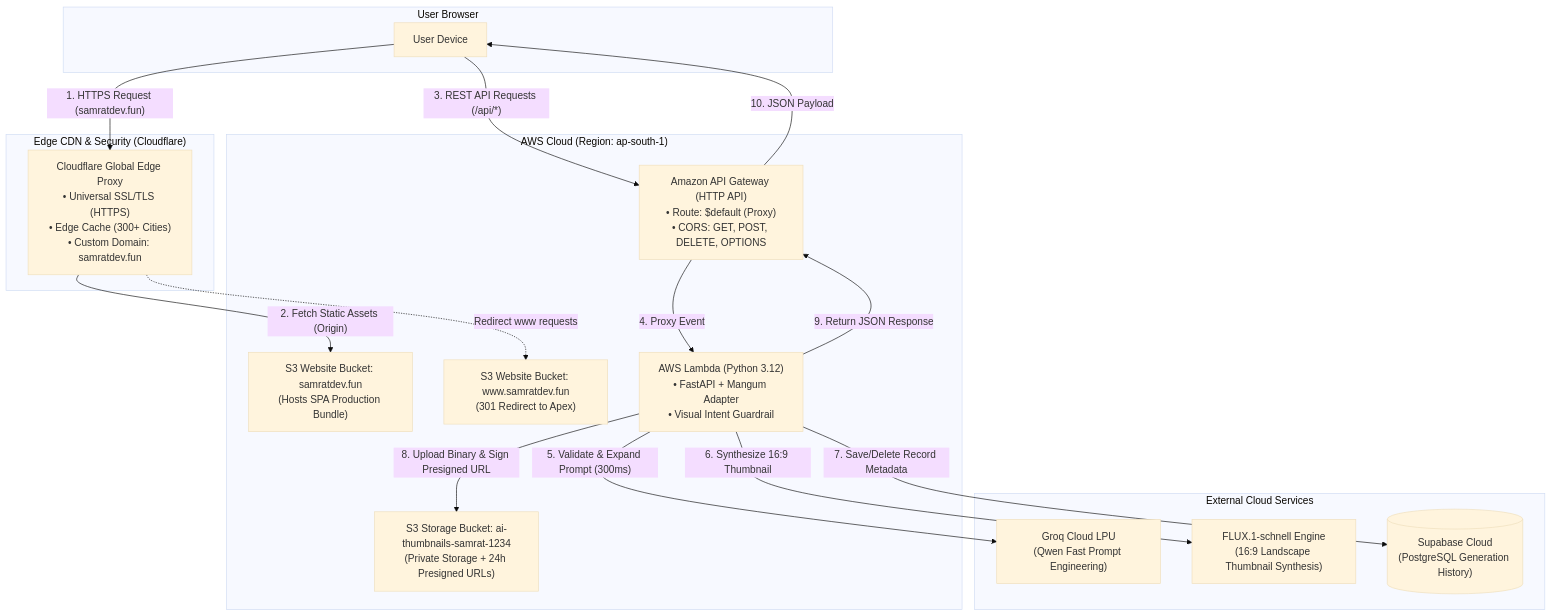
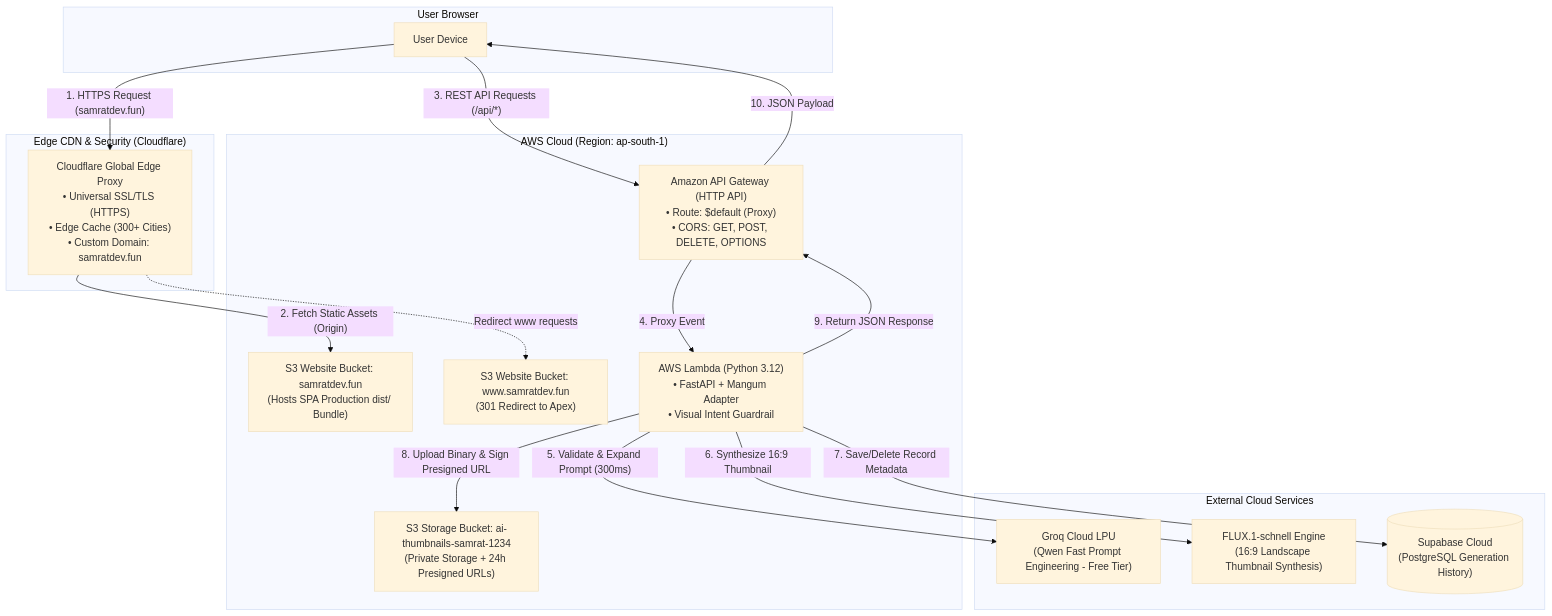
Before and after one commit to SaM-005X/ai-thumbnail-generator: the diagram in ARCHITECTURE.md, drawn with Mermaid (base theme). The commit also changed other lines of this file and 3 other files, not shown here.

Commit message:
docs: synchronize master guide, architecture, project docs, and roadmap with comprehensive technical deep-dives

````diff
--- a/ARCHITECTURE.md
+++ b/ARCHITECTURE.md
@@ -57,36 +61,36 @@
 ```mermaid
 flowchart TD
     subgraph Client["User Browser"]
         U["User Device"]
     end
 
     subgraph CDN_Layer["Edge CDN & Security (Cloudflare)"]
         CF["Cloudflare Global Edge Proxy\n• Universal SSL/TLS (HTTPS)\n• Edge Cache (300+ Cities)\n• Custom Domain: samratdev.fun"]
     end
 
     subgraph AWS_Cloud["AWS Cloud (Region: ap-south-1)"]
-        S3_Apex["S3 Website Bucket: samratdev.fun\n(Hosts SPA Production Bundle)"]
+        S3_Apex["S3 Website Bucket: samratdev.fun\n(Hosts SPA Production dist/ Bundle)"]
         S3_Www["S3 Website Bucket: www.samratdev.fun\n(301 Redirect to Apex)"]
         APIGW["Amazon API Gateway (HTTP API)\n• Route: $default (Proxy)\n• CORS: GET, POST, DELETE, OPTIONS"]
         Lambda["AWS Lambda (Python 3.12)\n• FastAPI + Mangum Adapter\n• Visual Intent Guardrail"]
         S3_Img["S3 Storage Bucket: ai-thumbnails-samrat-1234\n(Private Storage + 24h Presigned URLs)"]
     end
 
     subgraph External_Services["External Cloud Services"]
-        Groq["Groq Cloud LPU\n(Qwen Fast Prompt Engineering)"]
+        Groq["Groq Cloud LPU\n(Qwen Fast Prompt Engineering - Free Tier)"]
         Flux["FLUX.1-schnell Engine\n(16:9 Landscape Thumbnail Synthesis)"]
         Supabase[("Supabase Cloud\n(PostgreSQL Generation History)")]
     end
 
     U -->|"1. HTTPS Request (samratdev.fun)"| CF
     CF -->|"2. Fetch Static Assets (Origin)"| S3_Apex
     CF -.->|"Redirect www requests"| S3_Www
     U -->|"3. REST API Requests (/api/*)"| APIGW
     APIGW -->|"4. Proxy Event"| Lambda
     Lambda -->|"5. Validate & Expand Prompt (300ms)"| Groq
     Lambda -->|"6. Synthesize 16:9 Thumbnail"| Flux
     Lambda -->|"7. Save/Delete Record Metadata"| Supabase
     Lambda -->|"8. Upload Binary & Sign Presigned URL"| S3_Img
     Lambda -->|"9. Return JSON Response"| APIGW
     APIGW -->|"10. JSON Payload"| U
 ```
````
